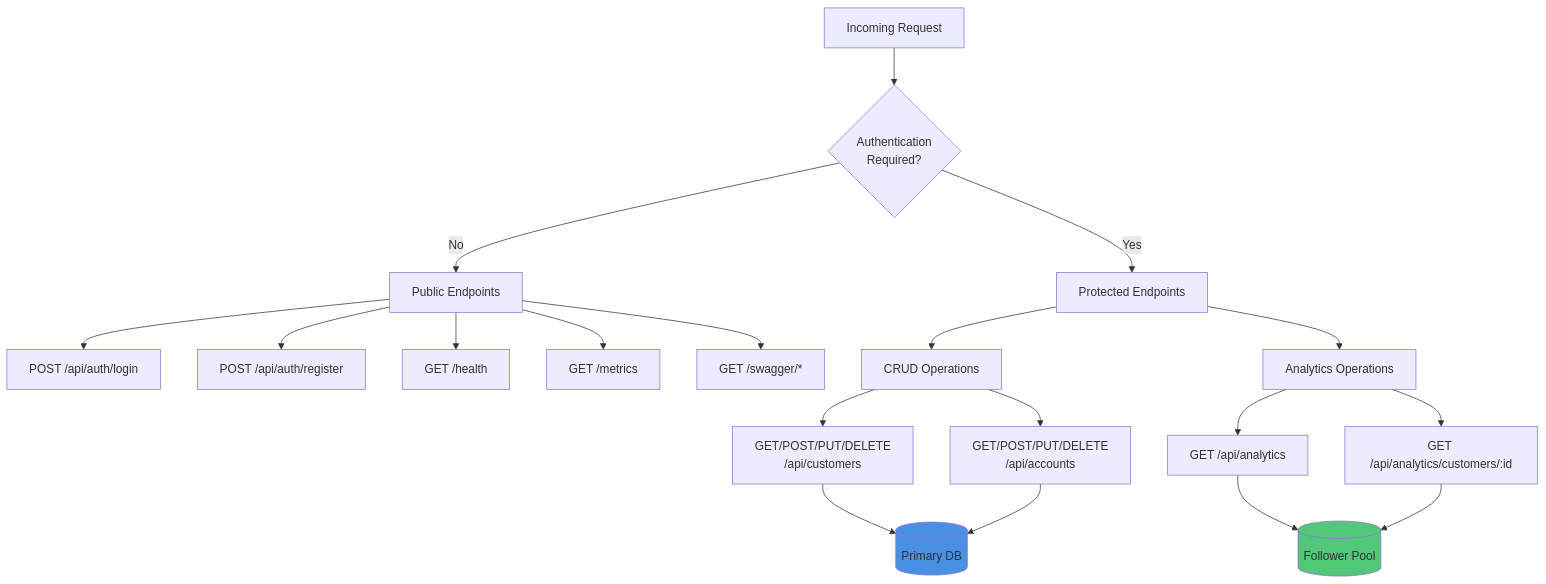
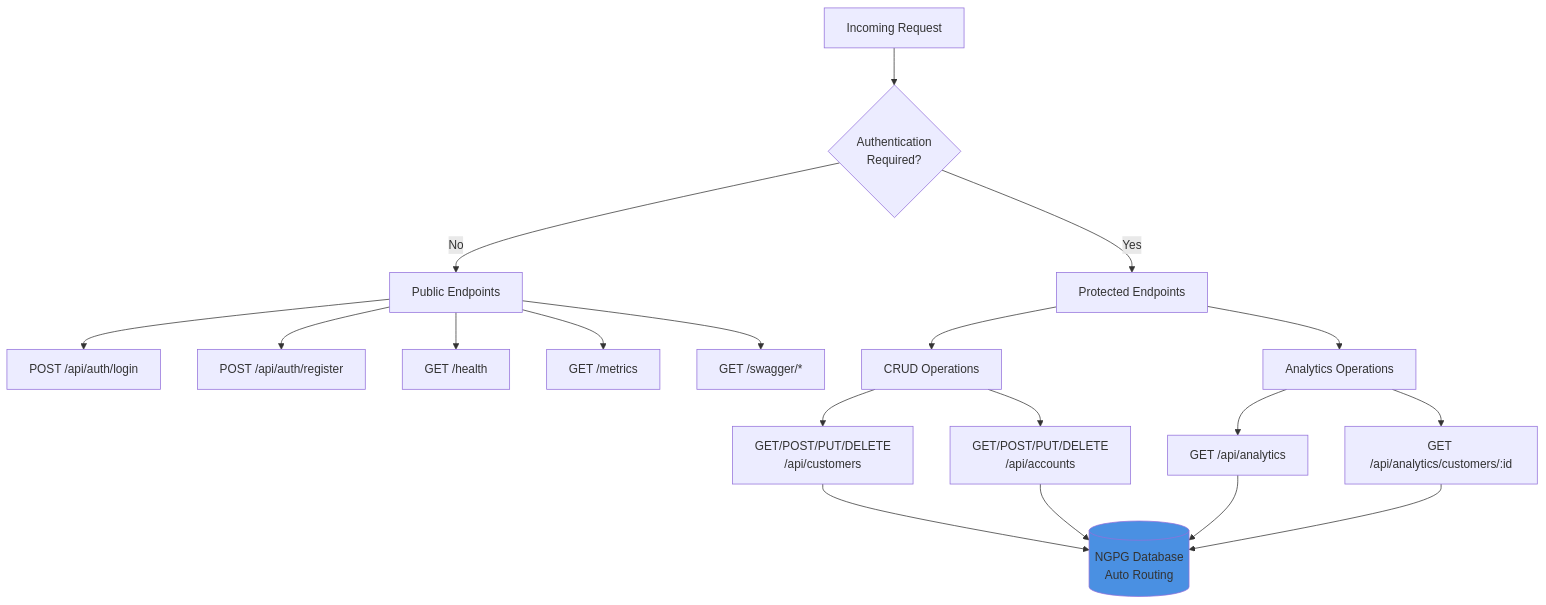
Diagram 11 of 18 in ARCHITECTURE.md (heroku-examples/saas-go-app), drawn with Mermaid before and after one commit. The commit also changed other lines of this file, not shown here.

````diff
--- a/ARCHITECTURE.md
+++ b/ARCHITECTURE.md
@@ -399,30 +475,29 @@
 ```mermaid
 graph TD
     Start[Incoming Request] --> Auth{Authentication<br/>Required?}
     
     Auth -->|No| Public[Public Endpoints]
     Auth -->|Yes| Protected[Protected Endpoints]
     
     Public --> Login[POST /api/auth/login]
     Public --> Register[POST /api/auth/register]
     Public --> Health[GET /health]
     Public --> Metrics[GET /metrics]
     Public --> Swagger[GET /swagger/*]
     
     Protected --> CRUD[CRUD Operations]
     Protected --> Analytics[Analytics Operations]
     
     CRUD --> Customers[GET/POST/PUT/DELETE<br/>/api/customers]
     CRUD --> Accounts[GET/POST/PUT/DELETE<br/>/api/accounts]
     
     Analytics --> AnalyticsOverview[GET /api/analytics]
     Analytics --> CustomerAnalytics[GET /api/analytics/customers/:id]
     
-    Customers --> PrimaryDB[(Primary DB)]
-    Accounts --> PrimaryDB
-    AnalyticsOverview --> FollowerDB[(Follower Pool)]
-    CustomerAnalytics --> FollowerDB
+    Customers --> NGPG_DB[(NGPG Database<br/>Auto Routing)]
+    Accounts --> NGPG_DB
+    AnalyticsOverview --> NGPG_DB
+    CustomerAnalytics --> NGPG_DB
     
-    style FollowerDB fill:#50c878
-    style PrimaryDB fill:#4a90e2
+    style NGPG_DB fill:#4a90e2
 ```
````
